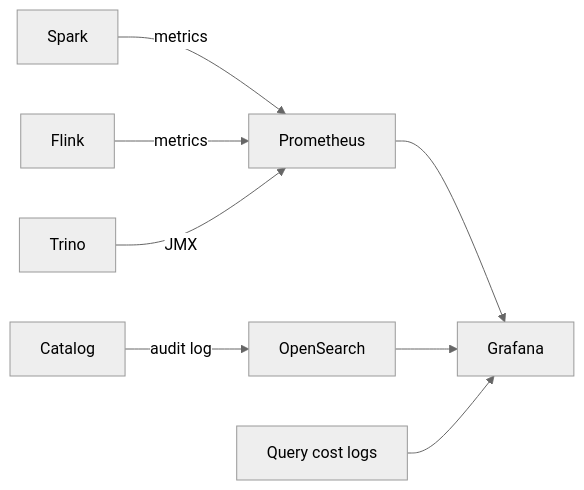
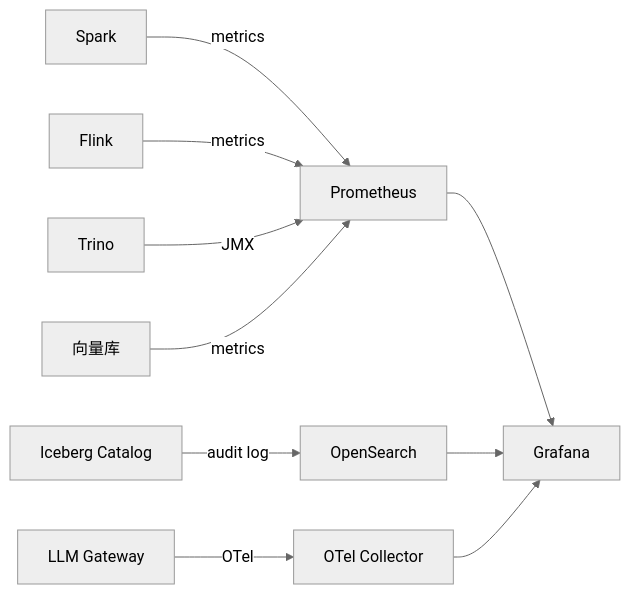
Before and after one commit to wangyong9999/lakehouse-wiki: the diagram in docs/ops/observability.md, drawn with Mermaid (neutral theme). The commit also changed other lines of this file and 18 other files, not shown here.

````diff
--- a/docs/ops/observability.md
+++ b/docs/ops/observability.md
@@ -53,10 +97,12 @@
 ```mermaid
 flowchart LR
   spark[Spark] -->|metrics| prom[Prometheus]
   flink[Flink] -->|metrics| prom
   trino[Trino] -->|JMX| prom
-  iceberg_catalog[Catalog] -->|audit log| es[OpenSearch]
+  iceberg[Iceberg Catalog] -->|audit log| es[OpenSearch]
+  vector[向量库] -->|metrics| prom
+  llm[LLM Gateway] -->|OTel| otelcol[OTel Collector]
   prom --> graf[Grafana]
   es --> graf
-  cost[Query cost logs] --> graf
+  otelcol --> graf
 ```
````
